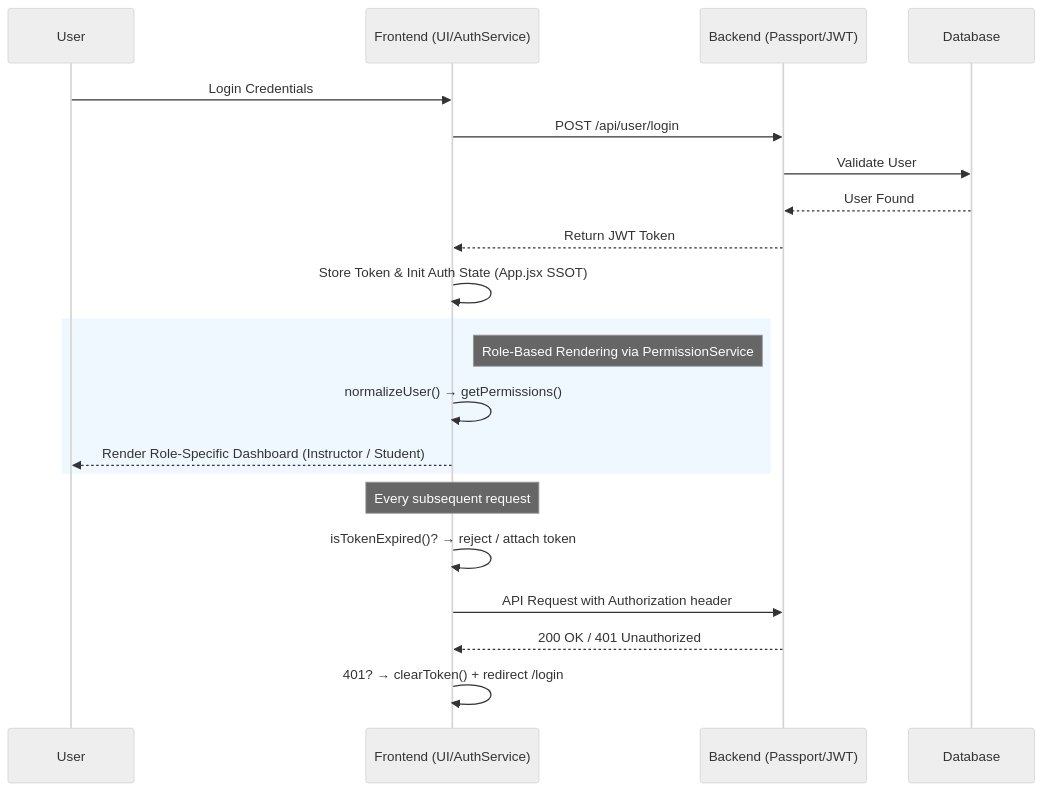
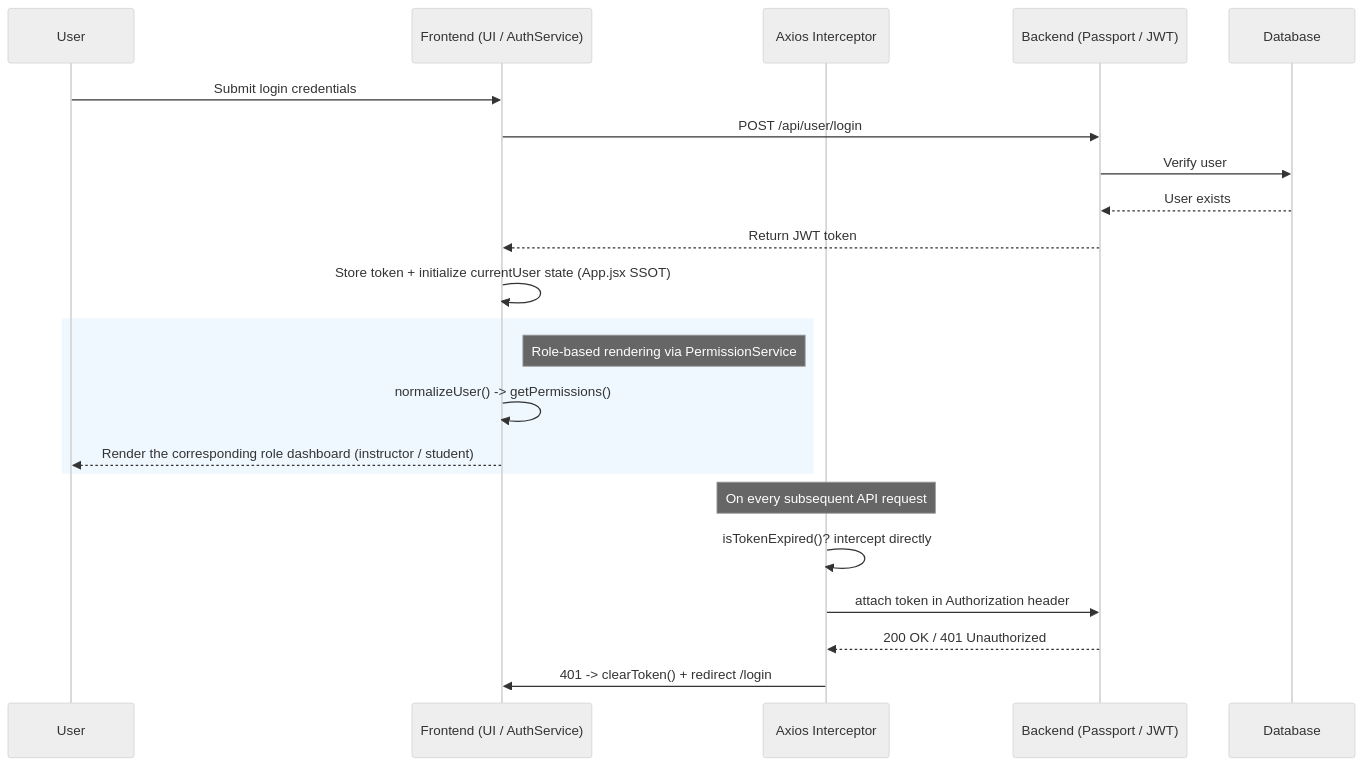
One commit to yuting813/course-management-system changed the diagram in README.md. Above: the diagram before and after it, drawn with Mermaid (neutral theme). The commit also changed other lines of this file and 1 other file, not shown here.

First line of the commit message:
docs: overhaul project README to highlight defensive architecture (#50)

````diff
--- a/README.md
+++ b/README.md
@@ -127,26 +168,28 @@
 ```mermaid
 sequenceDiagram
     participant User
-    participant Frontend as Frontend (UI/AuthService)
-    participant Backend as Backend (Passport/JWT)
+    participant Frontend as Frontend (UI / AuthService)
+    participant Interceptor as Axios Interceptor
+    participant Backend as Backend (Passport / JWT)
     participant Database
 
-    User->>Frontend: Login Credentials
+    User->>Frontend: Submit login credentials
     Frontend->>Backend: POST /api/user/login
-    Backend->>Database: Validate User
-    Database-->>Backend: User Found
-    Backend-->>Frontend: Return JWT Token
-    Frontend->>Frontend: Store Token & Init Auth State (App.jsx SSOT)
+    Backend->>Database: Verify user
+    Database-->>Backend: User exists
+    Backend-->>Frontend: Return JWT token
+
+    Frontend->>Frontend: Store token + initialize currentUser state (App.jsx SSOT)
 
     rect rgb(240, 248, 255)
-    note right of Frontend: Role-Based Rendering via PermissionService
-    Frontend->>Frontend: normalizeUser() → getPermissions()
-    Frontend-->>User: Render Role-Specific Dashboard (Instructor / Student)
+    note right of Frontend: Role-based rendering via PermissionService
+    Frontend->>Frontend: normalizeUser() -> getPermissions()
+    Frontend-->>User: Render the corresponding role dashboard (instructor / student)
     end
 
-    note over Frontend: Every subsequent request
-    Frontend->>Frontend: isTokenExpired()? → reject / attach token
-    Frontend->>Backend: API Request with Authorization header
-    Backend-->>Frontend: 200 OK / 401 Unauthorized
-    Frontend->>Frontend: 401? → clearToken() + redirect /login
+    note over Interceptor: On every subsequent API request
+    Interceptor->>Interceptor: isTokenExpired()? intercept directly
+    Interceptor->>Backend: attach token in Authorization header
+    Backend-->>Interceptor: 200 OK / 401 Unauthorized
+    Interceptor->>Frontend: 401 -> clearToken() + redirect /login
 ```
````
